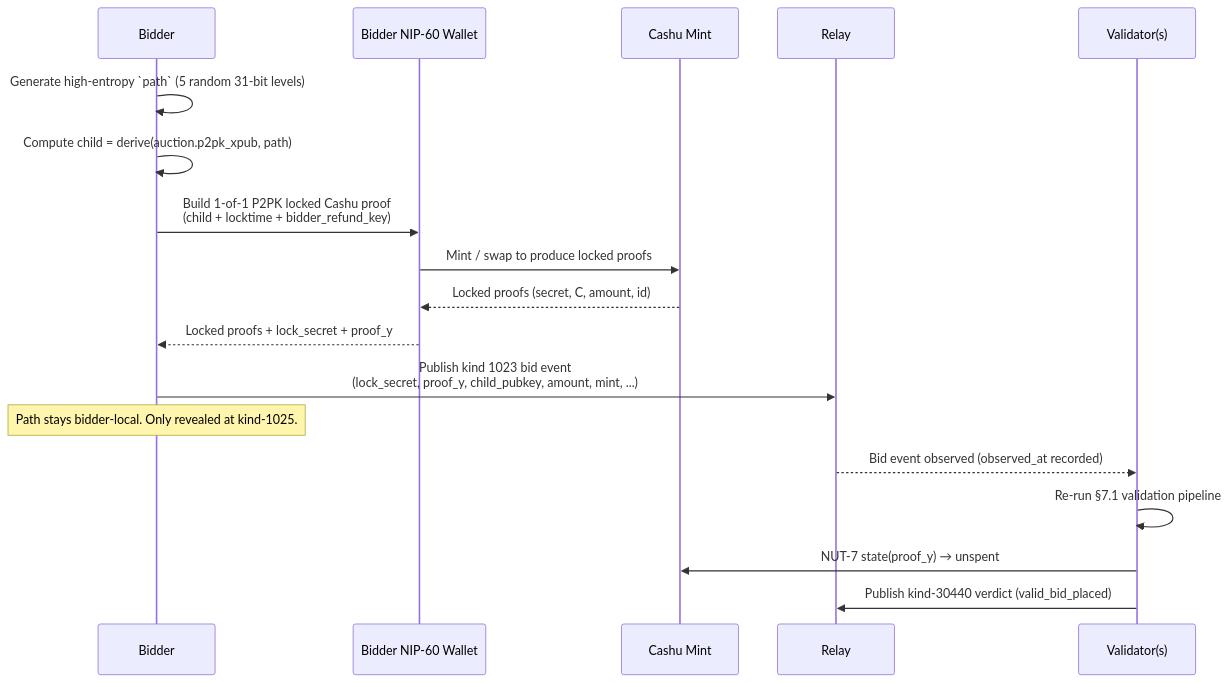
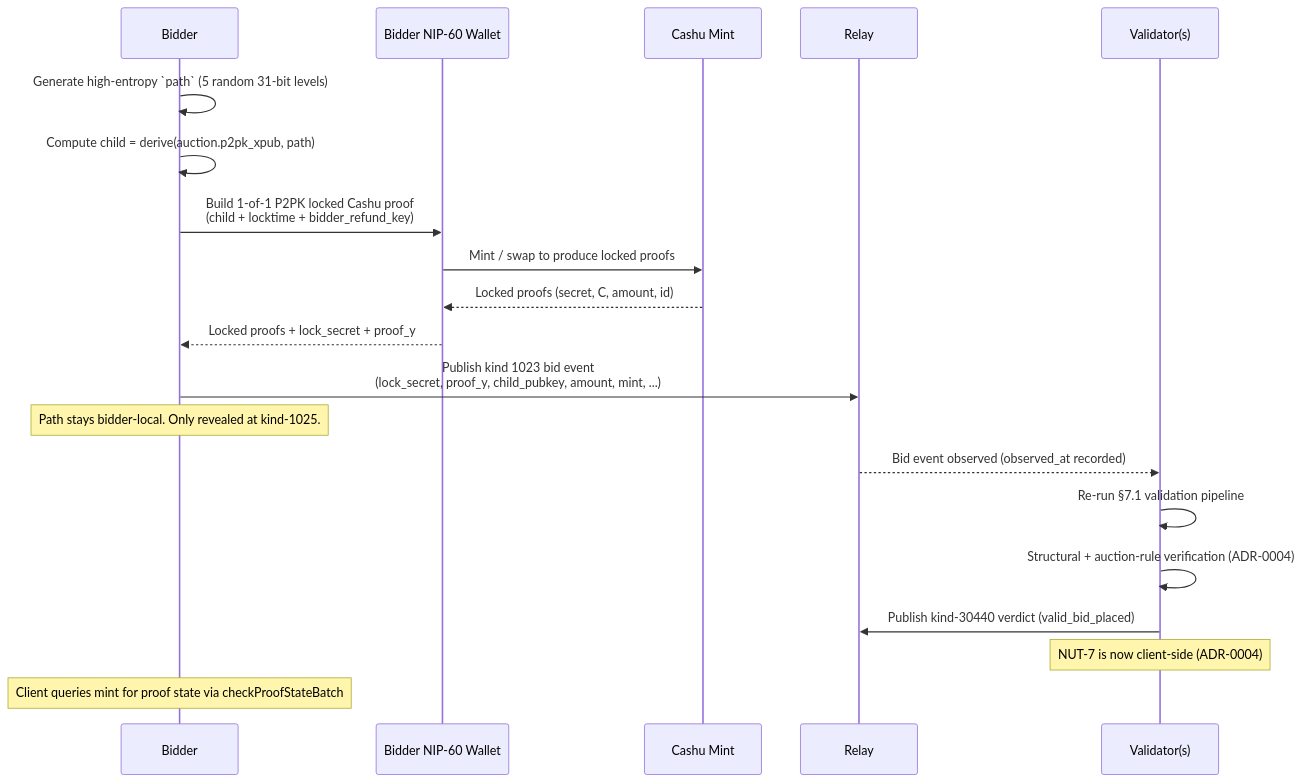
The second of 4 diagrams in AUCTIONS.md (PlebeianApp/market), drawn with Mermaid before and after one commit. The commit also changed other lines of this file and 10 other files, not shown here.

````diff
--- a/AUCTIONS.md
+++ b/AUCTIONS.md
@@ -1240,23 +1303,25 @@
 ```mermaid
 sequenceDiagram
     participant B as Bidder
     participant W as Bidder NIP-60 Wallet
     participant M as Cashu Mint
     participant R as Relay
     participant V as Validator(s)
 
     B->>B: Generate high-entropy `path` (5 random 31-bit levels)
     B->>B: Compute child = derive(auction.p2pk_xpub, path)
     B->>W: Build 1-of-1 P2PK locked Cashu proof<br/>(child + locktime + bidder_refund_key)
     W->>M: Mint / swap to produce locked proofs
     M-->>W: Locked proofs (secret, C, amount, id)
     W-->>B: Locked proofs + lock_secret + proof_y
 
     B->>R: Publish kind 1023 bid event<br/>(lock_secret, proof_y, child_pubkey, amount, mint, ...)
     Note over B: Path stays bidder-local. Only revealed at kind-1025.
 
     R-->>V: Bid event observed (observed_at recorded)
     V->>V: Re-run §7.1 validation pipeline
-    V->>M: NUT-7 state(proof_y) → unspent
+    V->>V: Structural + auction-rule verification (ADR-0004)
     V->>R: Publish kind-30440 verdict (valid_bid_placed)
+    Note over V: NUT-7 is now client-side (ADR-0004)
+    Note over B: Client queries mint for proof state via checkProofStateBatch
 ```
````
